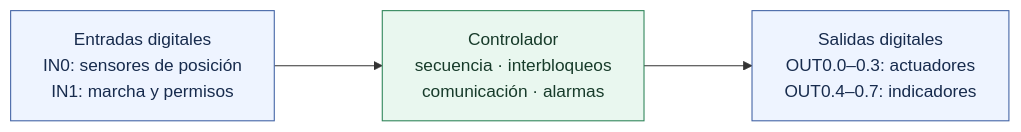
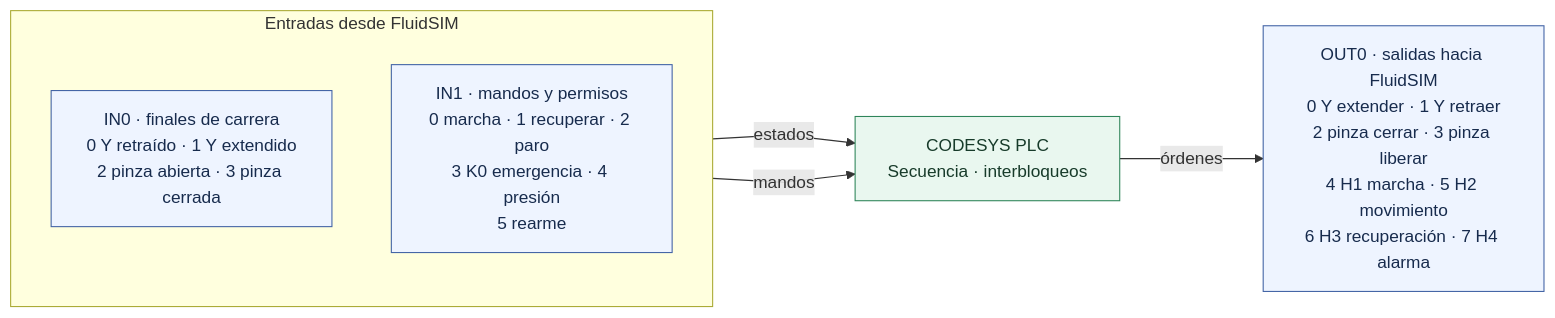
Before and after one commit to GinnethRubio/Mini-ASRS: the second of 2 diagrams in README.md, drawn with Mermaid. The commit also changed other lines of this file and 3 other files, not shown here.

Commit message:
Improve I/O diagram and clean escaped newlines

````diff
--- a/README.md
+++ b/README.md
@@ -49,9 +49,18 @@
 ```mermaid
-%%{init: {"flowchart": {"htmlLabels": true, "nodeSpacing": 80, "rankSpacing": 100, "curve": "linear"}}}%%
+%%{init: {"flowchart": {"htmlLabels": true, "nodeSpacing": 55, "rankSpacing": 75, "curve": "linear"}}}%%
 flowchart LR
-    IN["Entradas digitales<br/>IN0: sensores de posición<br/>IN1: marcha y permisos"] --> PLC["Controlador<br/>secuencia · interbloqueos<br/>comunicación · alarmas"] --> OUT["Salidas digitales<br/>OUT0.0–0.3: actuadores<br/>OUT0.4–0.7: indicadores"]
+    subgraph IN["Entradas desde FluidSIM"]
+        direction TB
+        IN0["IN0 · finales de carrera<br/>0 Y retraído · 1 Y extendido<br/>2 pinza abierta · 3 pinza cerrada"]
+        IN1["IN1 · mandos y permisos<br/>0 marcha · 1 recuperar · 2 paro<br/>3 K0 emergencia · 4 presión<br/>5 rearme"]
+    end
+    PLC["CODESYS PLC<br/>Secuencia · interbloqueos"]
+    OUT["OUT0 · salidas hacia FluidSIM<br/>0 Y extender · 1 Y retraer<br/>2 pinza cerrar · 3 pinza liberar<br/>4 H1 marcha · 5 H2 movimiento<br/>6 H3 recuperación · 7 H4 alarma"]
+    IN0 -->|"estados"| PLC
+    IN1 -->|"mandos"| PLC
+    PLC -->|"órdenes"| OUT
     classDef io fill:#eef4ff,stroke:#4263a5,color:#172b4d;
     classDef logic fill:#e9f7ef,stroke:#2f855a,color:#173b2a;
-    class IN,OUT io;
+    class IN0,IN1,OUT io;
     class PLC logic;
 ```
````
